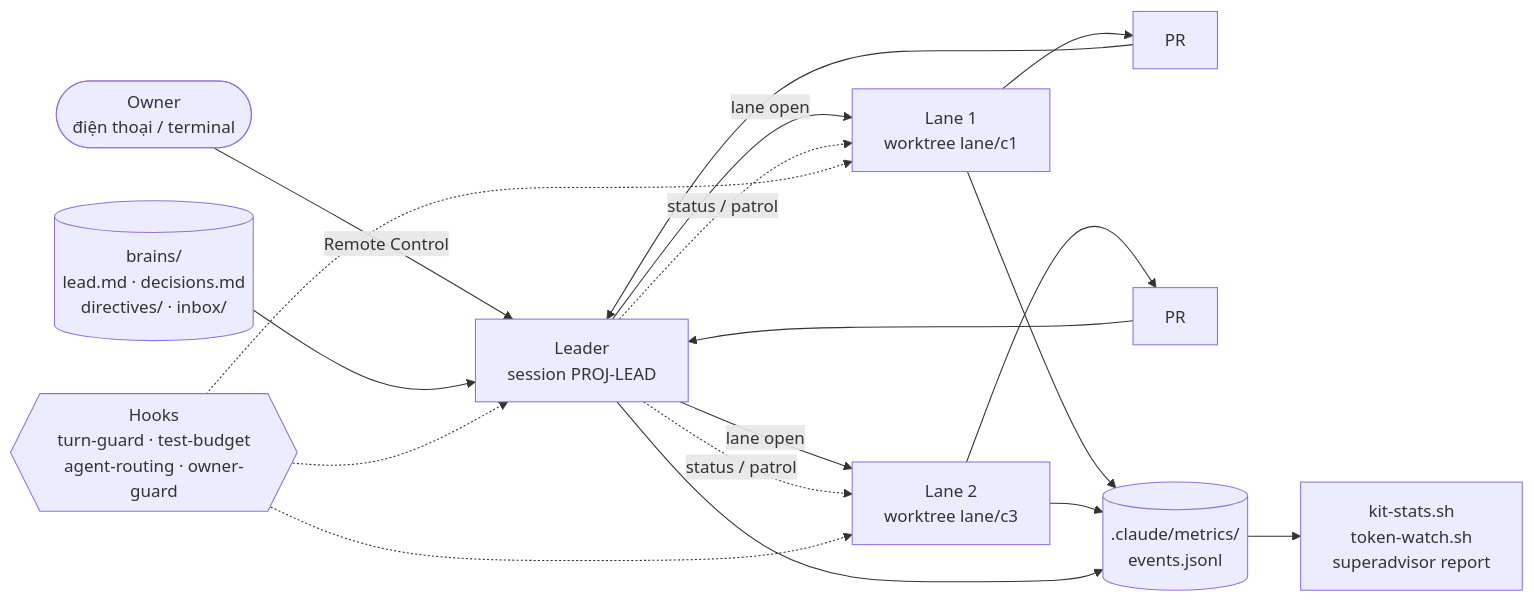
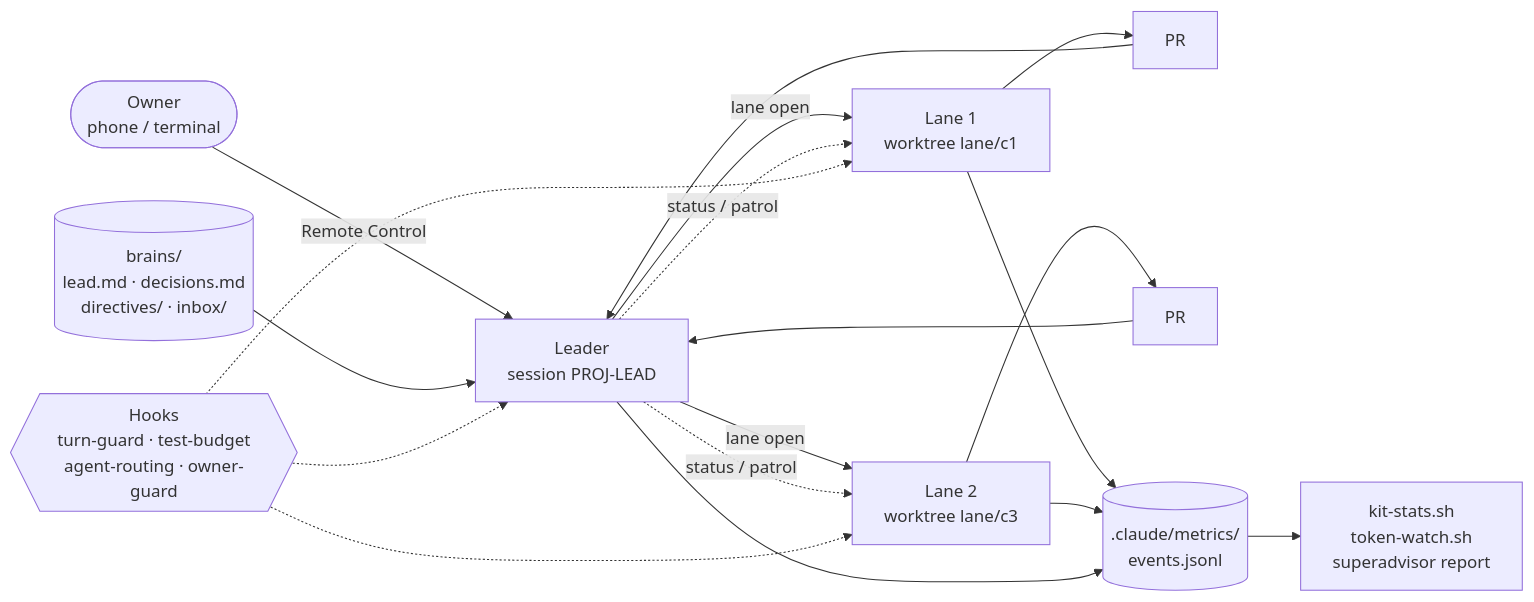
The first of 2 diagrams in docs/architecture.md (trungungtoan-agilityio/AgiAgentKit), drawn with Mermaid before and after one commit. The commit also changed other lines of this file and 8 other files, not shown here.

First line of the commit message:
docs: add English explainers (architecture, bench, FAQ, lifecycle, one-page HTML) (#1)

````diff
--- a/docs/architecture.md
+++ b/docs/architecture.md
@@ -9,20 +11,20 @@
 ```mermaid
 flowchart LR
-  Owner([Owner<br/>điện thoại / terminal]) -- Remote Control --> Leader[Leader<br/>session PROJ-LEAD]
+  Owner([Owner<br/>phone / terminal]) -- Remote Control --> Leader[Leader<br/>session PROJ-LEAD]
   Leader -- lane open --> L1[Lane 1<br/>worktree lane/c1]
   Leader -- lane open --> L2[Lane 2<br/>worktree lane/c3]
   Brains[(brains/<br/>lead.md · decisions.md<br/>directives/ · inbox/)] --> Leader
   Leader -. status / patrol .-> L1
   Leader -. status / patrol .-> L2
   L1 --> PR1[PR]
   L2 --> PR2[PR]
   PR1 --> Leader
   PR2 --> Leader
   Hooks{{Hooks<br/>turn-guard · test-budget<br/>agent-routing · owner-guard}} -.-> L1
   Hooks -.-> L2
   Hooks -.-> Leader
   L1 --> Events[(.claude/metrics/<br/>events.jsonl)]
   L2 --> Events
   Leader --> Events
   Events --> Stats[kit-stats.sh<br/>token-watch.sh<br/>superadvisor report]
 ```
````
